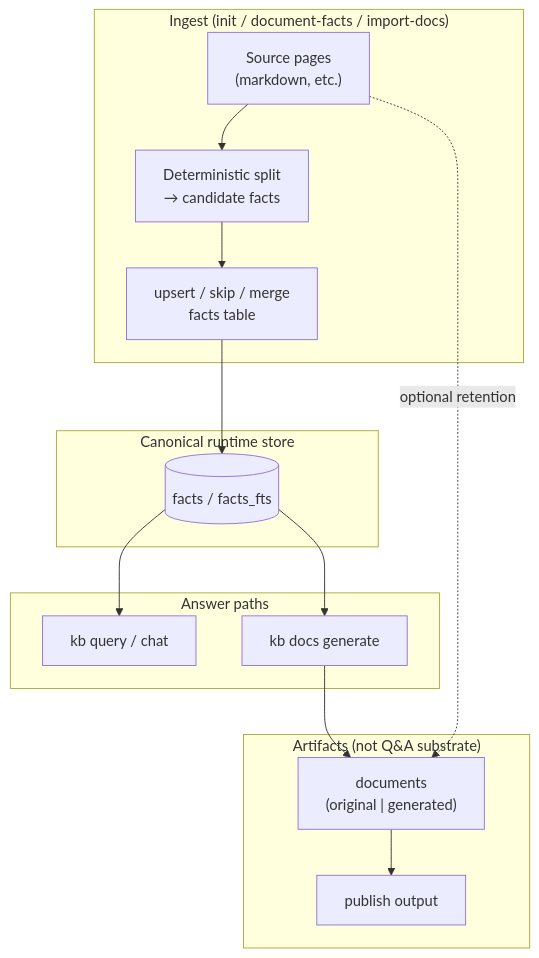
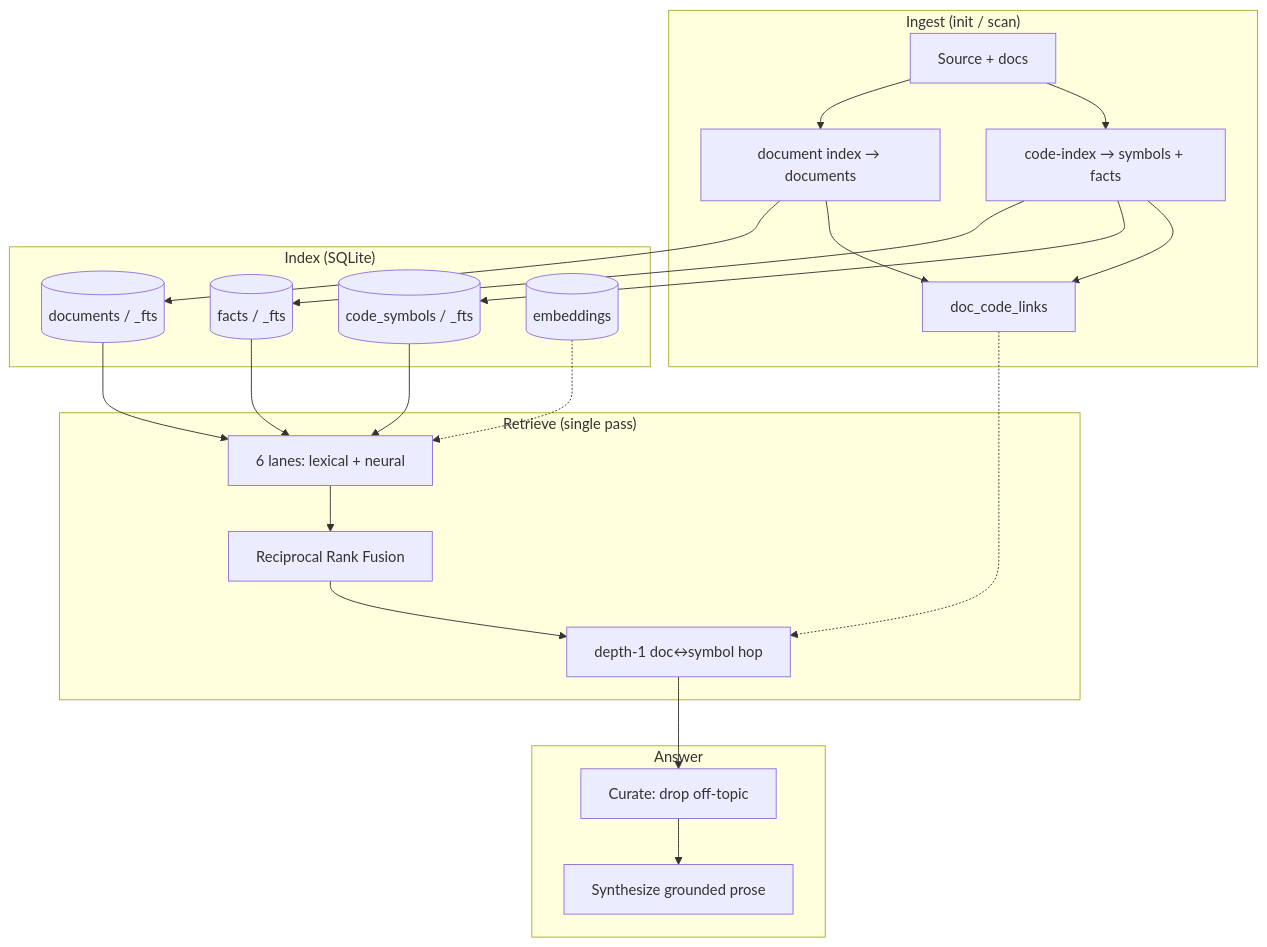
Before and after one commit to rosenjcb/kb: the diagram in packages/kb-core/src/core/facts-architecture.md, drawn with Mermaid. The commit also changed other lines of this file and 250 other files, not shown here.

First line of the commit message:
feat!: index whole documents and symbols; drop the fact graph (#213)

````diff
--- a/packages/kb-core/src/core/facts-architecture.md
+++ b/packages/kb-core/src/core/facts-architecture.md
@@ -56,30 +117,43 @@
 ```mermaid
 flowchart TB
-  subgraph ingest["Ingest (init / document-facts / import-docs)"]
-    SRC["Source pages\n(markdown, etc.)"]
-    SEG["Deterministic split\n→ candidate facts"]
-    UPS["upsert / skip / merge\nfacts table"]
-    SRC --> SEG --> UPS
+  subgraph ingest["Ingest (init / scan)"]
+    SRC["Source + docs"]
+    CI["code-index → symbols + facts"]
+    DI["document index → documents"]
+    LK["doc_code_links"]
+    SRC --> CI
+    SRC --> DI
+    CI --> LK
+    DI --> LK
   end
 
-  subgraph store["Canonical runtime store"]
-    F[("facts / facts_fts")]
+  subgraph store["Index (SQLite)"]
+    D[("documents / _fts")]
+    S[("code_symbols / _fts")]
+    F[("facts / _fts")]
+    E[("embeddings")]
   end
 
-  subgraph answer["Answer paths"]
-    Q["kb query / chat"]
-    DG["kb docs generate"]
+  subgraph retrieve["Retrieve (single pass)"]
+    L6["6 lanes: lexical + neural"]
+    RRF["Reciprocal Rank Fusion"]
+    HOP["depth-1 doc↔symbol hop"]
+    L6 --> RRF --> HOP
   end
 
-  subgraph artifacts["Artifacts (not Q&A substrate)"]
-    DOCS["documents\n(original | generated)"]
-    PUB["publish output"]
+  subgraph answer["Answer"]
+    CUR["Curate: drop off-topic"]
+    SYN["Synthesize grounded prose"]
+    CUR --> SYN
   end
 
-  UPS --> F
-  F --> Q
-  F --> DG
-  DG --> DOCS
-  SRC -.->|"optional retention"| DOCS
-  DOCS --> PUB
+  CI --> S
+  DI --> D
+  CI --> F
+  LK -.-> HOP
+  D --> L6
+  S --> L6
+  F --> L6
+  E -.-> L6
+  HOP --> CUR
 ```
````
